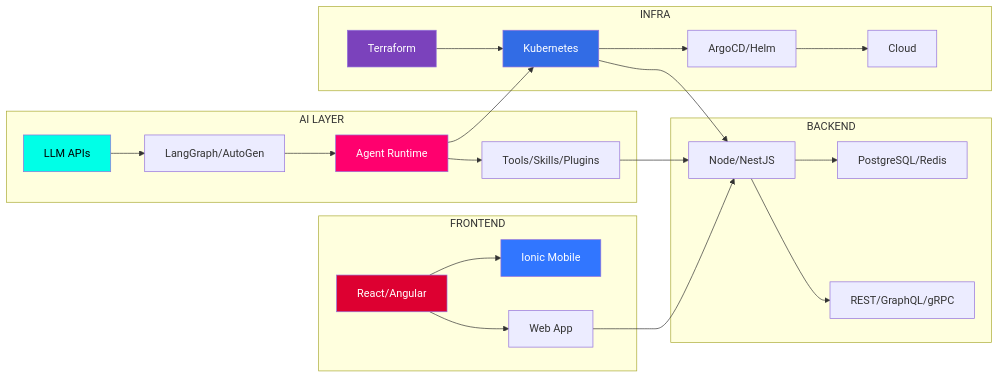
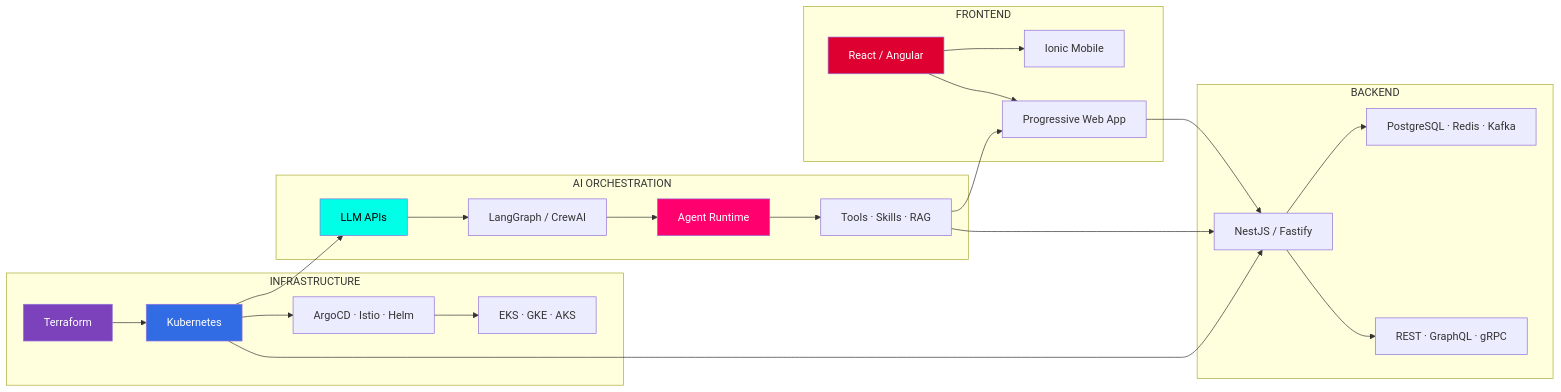
One commit to deb888/deb888 changed the first of 2 diagrams in README.md. Above: the diagram before and after it, drawn with Mermaid. The commit also changed other lines of this file and 1 other file, not shown here.

````diff
--- a/README.md
+++ b/README.md
@@ -112,36 +43,29 @@
 ```mermaid
 graph LR
     subgraph "FRONTEND"
-        A[React/Angular] --> B[Ionic Mobile]
-        A --> C[Web App]
+        A["React / Angular"] --> B["Ionic Mobile"]
+        A --> C["Progressive Web App"]
     end
-    
-    subgraph "AI LAYER"
-        D[LLM APIs] --> E[LangGraph/AutoGen]
-        E --> F[Agent Runtime]
-        F --> G[Tools/Skills/Plugins]
+    subgraph "AI ORCHESTRATION"
+        D["LLM APIs"] --> E["LangGraph / CrewAI"]
+        E --> F["Agent Runtime"]
+        F --> G["Tools · Skills · RAG"]
     end
-    
     subgraph "BACKEND"
-        H[Node/NestJS] --> I[PostgreSQL/Redis]
-        H --> J[REST/GraphQL/gRPC]
+        H["NestJS / Fastify"] --> I["PostgreSQL · Redis · Kafka"]
+        H --> J["REST · GraphQL · gRPC"]
     end
-    
-    subgraph "INFRA"
-        K[Terraform] --> L[Kubernetes]
-        L --> M[ArgoCD/Helm]
-        M --> N[Cloud]
+    subgraph "INFRASTRUCTURE"
+        K["Terraform"] --> L["Kubernetes"]
+        L --> M["ArgoCD · Istio · Helm"]
+        M --> N["EKS · GKE · AKS"]
     end
-    
     C --> H
-    G --> H
-    L --> H
-    F --> L
-    
+    G --> C & H
+    L --> H & D
     style A fill:#DD0031,color:#fff
-    style B fill:#3176FF,color:#fff
     style D fill:#00FFE7,color:#000
     style F fill:#FF006E,color:#fff
     style K fill:#7B42BC,color:#fff
     style L fill:#326CE5,color:#fff
 ```
````
